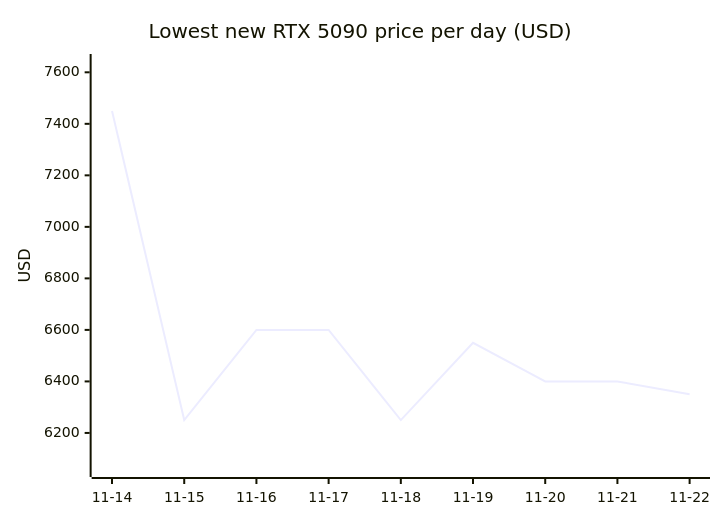
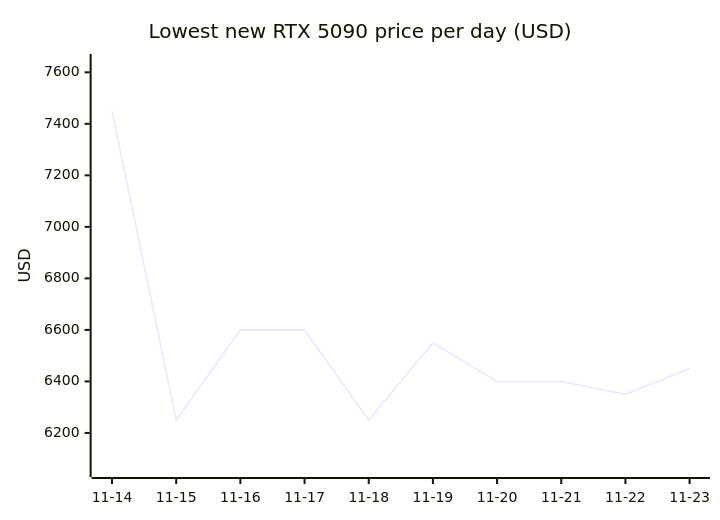
Before and after one commit to 7324136828/4tb_ssd_price_watch: the sixth of 18 diagrams in README.md, drawn with Mermaid. The commit also changed other lines of this file, not shown here.

````diff
--- a/README.md
+++ b/README.md
@@ -821,7 +857,7 @@
 ```mermaid
 xychart-beta
     title "Lowest new RTX 5090 price per day (USD)"
-    x-axis ["11-14", "11-15", "11-16", "11-17", "11-18", "11-19", "11-20", "11-21", "11-22"]
+    x-axis ["11-14", "11-15", "11-16", "11-17", "11-18", "11-19", "11-20", "11-21", "11-22", "11-23"]
     y-axis "USD" 6060 --> 7640
-    line [7450.00, 6249.99, 6599.99, 6599.99, 6249.99, 6549.99, 6399.99, 6399.99, 6349.99]
+    line [7450.00, 6249.99, 6599.99, 6599.99, 6249.99, 6549.99, 6399.99, 6399.99, 6349.99, 6449.99]
 ```
````
